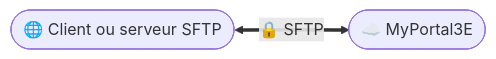
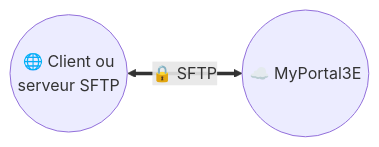
Before and after one commit to JohannPx/network-architectures: the diagram in docs/data/Collecte de données - Echange par SFTP.md, drawn with Mermaid. The commit also changed 12 other files, not shown here.

````diff
--- a/docs/data/Collecte de données - Echange par SFTP.md
+++ b/docs/data/Collecte de données - Echange par SFTP.md
@@ -5,6 +5,7 @@
 ```mermaid
 flowchart LR
 
-    customer([🌐 Client ou serveur SFTP]) <== 🔒 SFTP ==> myportal3e([☁️ MyPortal3E])
+    customer((🌐 Client ou
+    serveur SFTP)) <== 🔒 SFTP ==> myportal3e((☁️ MyPortal3E))
 
 ```
````
